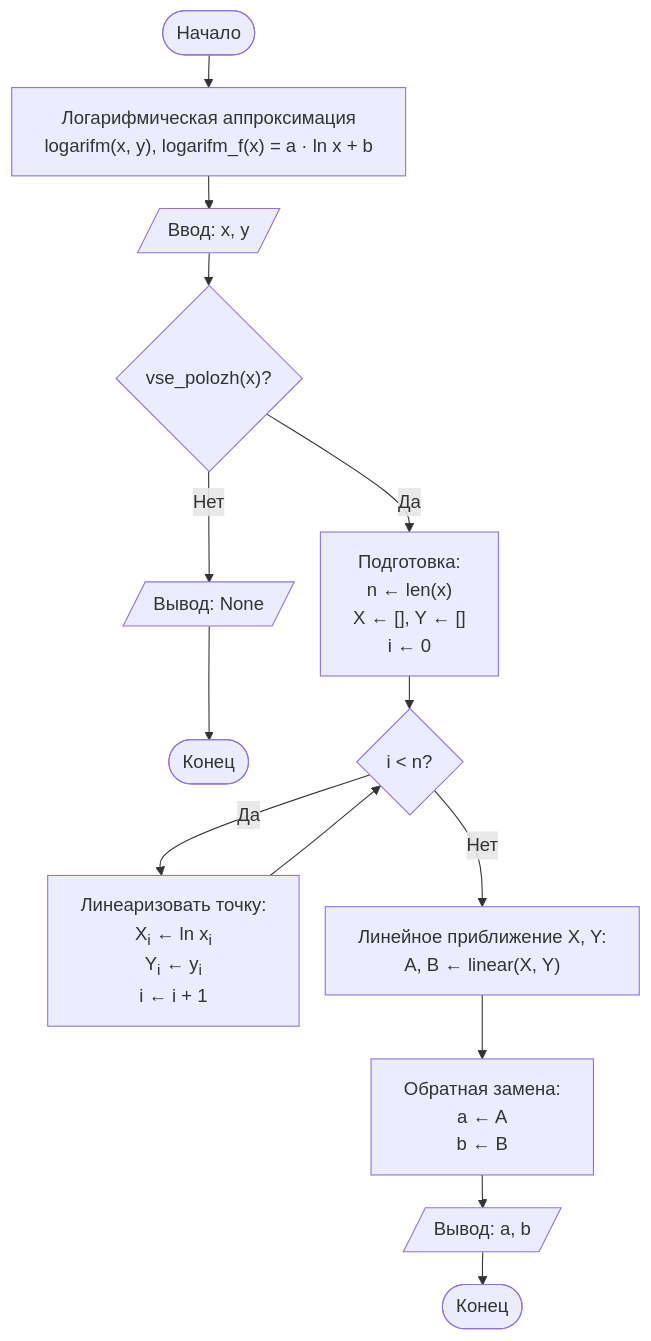
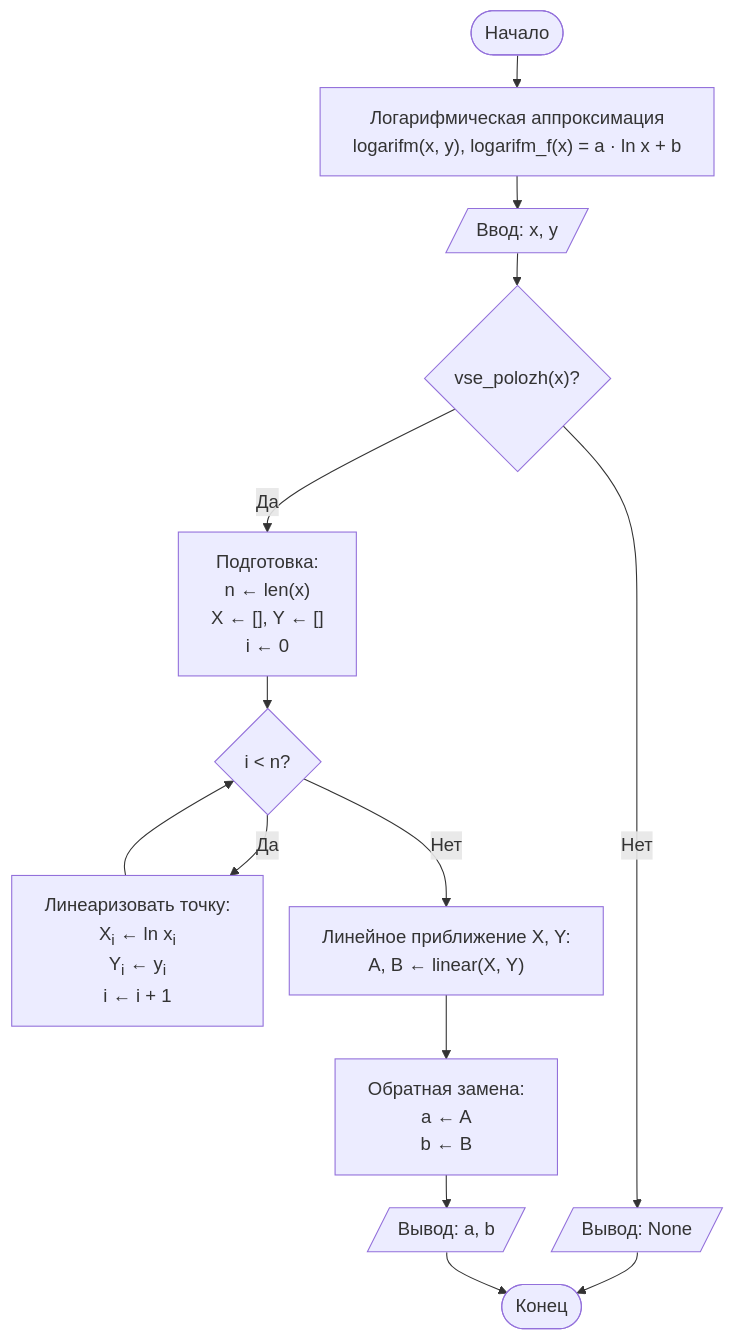
The diagram in mermaid/logarifm.mmd (juliakrasnoshtanova/itmo_compmath_lab4), drawn with Mermaid before and after one commit. The commit also changed 12 other files, not shown here.

```diff
--- a/mermaid/logarifm.mmd
+++ b/mermaid/logarifm.mmd
@@ -1,16 +1,17 @@
 %%{init: {"flowchart": {"nodeSpacing": 24, "rankSpacing": 30, "wrappingWidth": 460}, "themeVariables": {"fontSize": "17px"}}}%%
 flowchart TD
     START(["Начало"])
     START --> TITLE["Логарифмическая аппроксимация<br/>logarifm(x, y),  logarifm_f(x) = a · ln x + b"]
     TITLE --> INPUT[/"Ввод: x, y"/]
     INPUT --> CHECK_DOMAIN{"vse_polozh(x)?"}
     CHECK_DOMAIN -- "Нет" --> ERR_DOMAIN[/"Вывод: None"/]
-    ERR_DOMAIN --> END_FAIL(["Конец"])
+    ERR_DOMAIN --> END
     CHECK_DOMAIN -- "Да" --> INIT["Подготовка:<br/>n ← len(x)<br/>X ← [], Y ← []<br/>i ← 0"]
     INIT --> CHECK_I{"i < n?"}
     CHECK_I -- "Да" --> TRANS["Линеаризовать точку:<br/>X<sub>i</sub> ← ln x<sub>i</sub><br/>Y<sub>i</sub> ← y<sub>i</sub><br/>i ← i + 1"]
     TRANS --> CHECK_I
     CHECK_I -- "Нет" --> LIN["Линейное приближение X, Y:<br/>A, B ← linear(X, Y)"]
     LIN --> COEFFS["Обратная замена:<br/>a ← A<br/>b ← B"]
     COEFFS --> OUT_OK[/"Вывод: a, b"/]
-    OUT_OK --> END_OK(["Конец"])
+    OUT_OK --> END
+    END(["Конец"])
```
